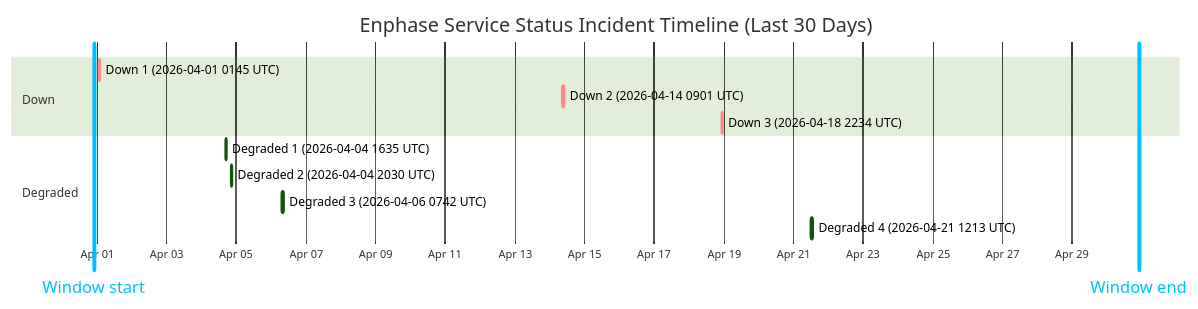
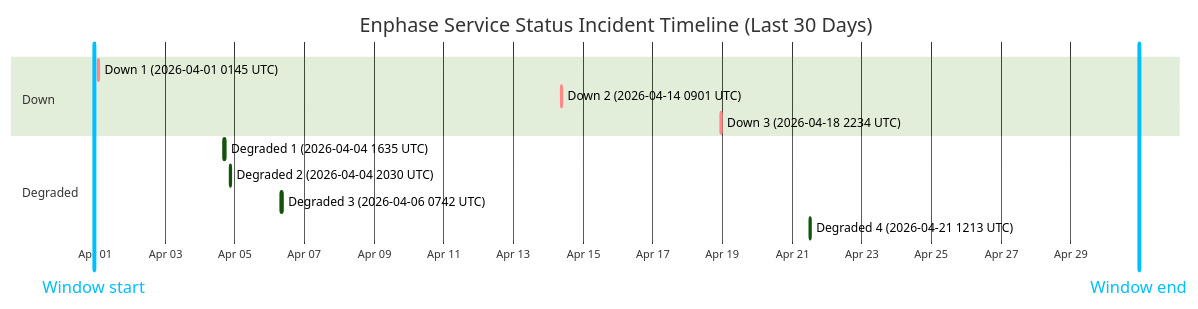
The diagram in wiki/Service-Status-History.md (barneyonline/ha-enphase-ev-charger), drawn with Mermaid (forest theme) before and after one commit. The commit also changed other lines of this file and 3 other files, not shown here.

````diff
--- a/wiki/Service-Status-History.md
+++ b/wiki/Service-Status-History.md
@@ -14,17 +14,17 @@
 ```mermaid
 gantt
     title Enphase Service Status Incident Timeline (Last 30 Days)
     dateFormat  YYYY-MM-DDTHH:mm:ss
     axisFormat  %b %d
-    Window start :vert, window-start, 2026-03-31T21:55:26, 0ms
-    Window end :vert, window-end, 2026-04-30T21:55:26, 0ms
+    Window start :vert, window-start, 2026-03-31T22:52:48, 0ms
+    Window end :vert, window-end, 2026-04-30T22:52:48, 0ms
     section Down
     Down 1 (2026-04-01 0145 UTC) :crit, down-1, 2026-04-01T01:45:09, 60m
     Down 2 (2026-04-14 0901 UTC) :crit, down-2, 2026-04-14T09:01:13, 60m
     Down 3 (2026-04-18 2234 UTC) :crit, down-3, 2026-04-18T22:34:13, 60m
     section Degraded
     Degraded 1 (2026-04-04 1635 UTC) :active, degraded-1, 2026-04-04T16:35:17, 60m
     Degraded 2 (2026-04-04 2030 UTC) :active, degraded-2, 2026-04-04T20:30:40, 60m
     Degraded 3 (2026-04-06 0742 UTC) :active, degraded-3, 2026-04-06T07:42:09, 85m
     Degraded 4 (2026-04-21 1213 UTC) :active, degraded-4, 2026-04-21T12:13:11, 60m
 ```
````
